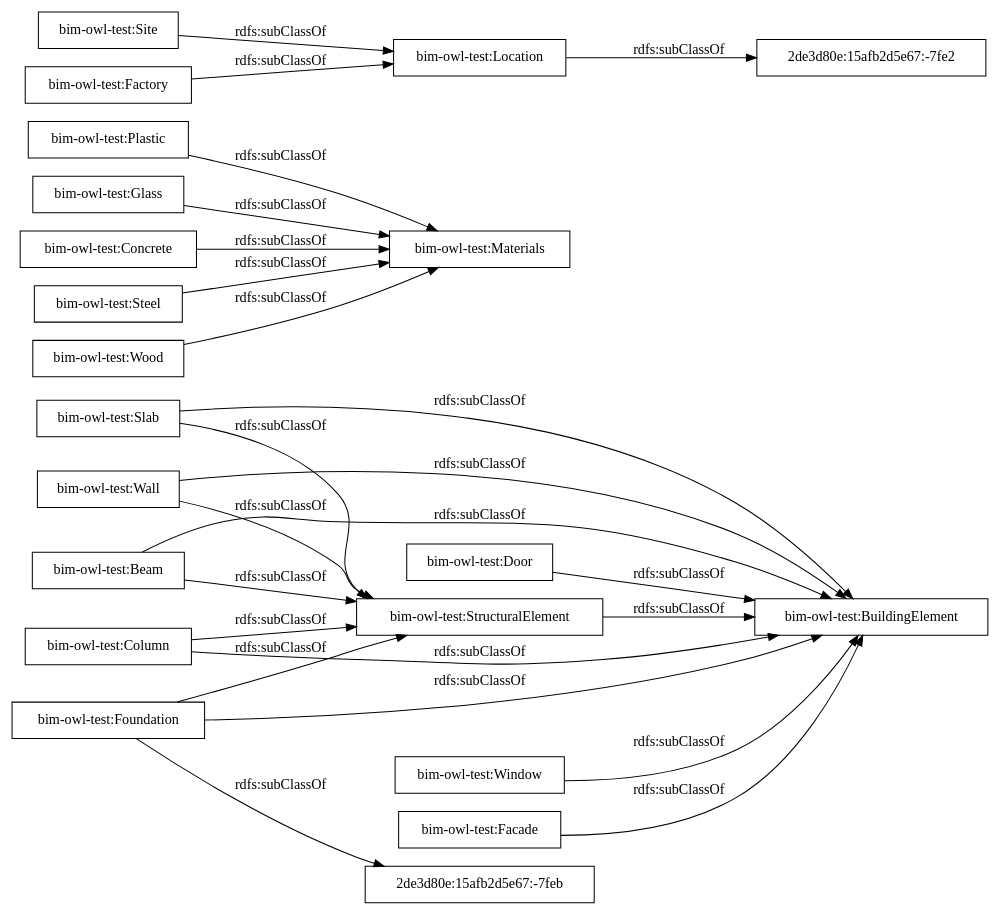
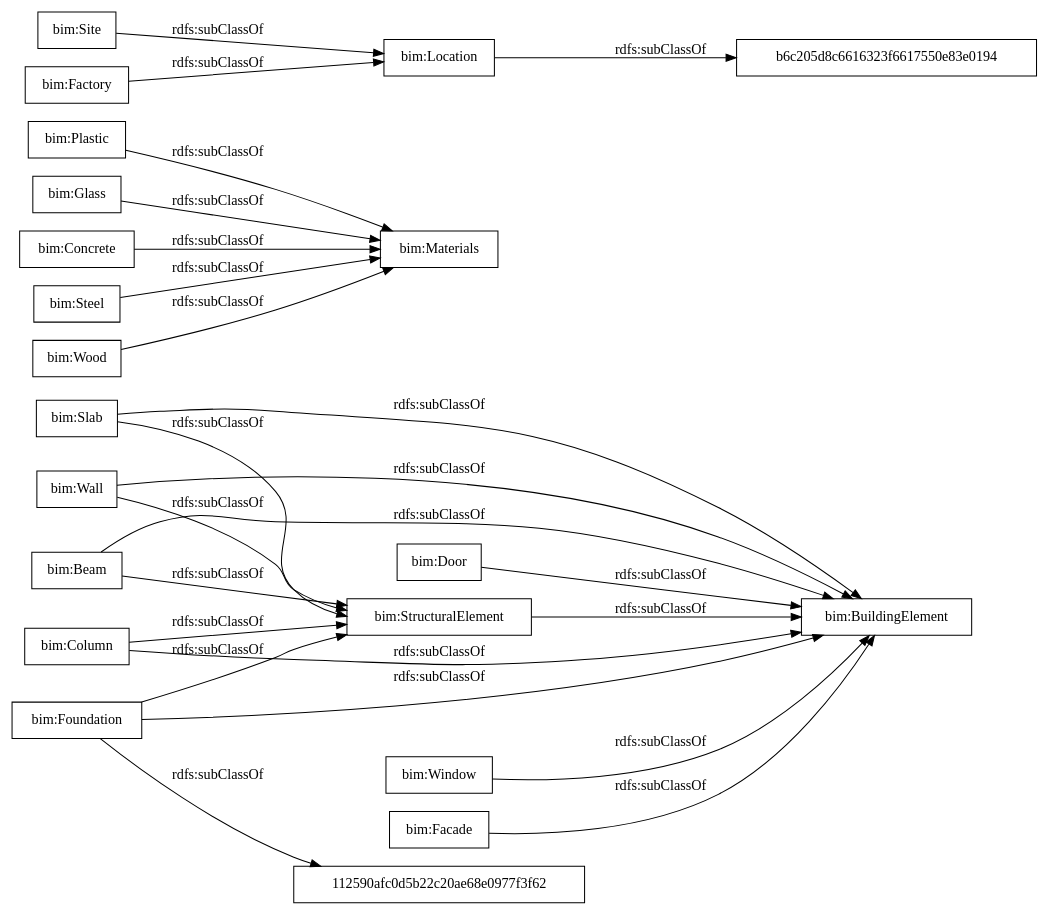
The diagram in OnToology/Building_Ontology_ver2.owl/diagrams/ar2dtool-taxonomy/Building_Ontology_ver2.owl.png.dot (OnToologyUser/owl_test), drawn with Graphviz before and after one commit. The commit also changed 12 other files, not shown here.

```diff
--- a/OnToology/Building_Ontology_ver2.owl/diagrams/ar2dtool-taxonomy/Building_Ontology_ver2.owl.png.dot
+++ b/OnToology/Building_Ontology_ver2.owl/diagrams/ar2dtool-taxonomy/Building_Ontology_ver2.owl.png.dot
@@ -1,29 +1,29 @@
 digraph ar2dtool_diagram { 
 rankdir=LR;
 size="1000"
-node [shape = rectangle, color="black"]; "bim-owl-test:Slab" "bim-owl-test:BuildingElement" "bim-owl-test:Wall" "bim-owl-test:Beam" "bim-owl-test:Plastic" "bim-owl-test:Glass" "bim-owl-test:Concrete" "bim-owl-test:Location" "bim-owl-test:Door" "bim-owl-test:Steel" "bim-owl-test:Materials" "bim-owl-test:Site" "bim-owl-test:StructuralElement" "bim-owl-test:Foundation" "bim-owl-test:Wood" "2de3d80e:15afb2d5e67:-7fe2" "2de3d80e:15afb2d5e67:-7feb" "bim-owl-test:Column" "bim-owl-test:Factory" "bim-owl-test:Window" "bim-owl-test:Facade" ; /*classes style*/
-	"bim-owl-test:Site" -> "bim-owl-test:Location" [ label = "rdfs:subClassOf" ];
-	"bim-owl-test:Wood" -> "bim-owl-test:Materials" [ label = "rdfs:subClassOf" ];
-	"bim-owl-test:Foundation" -> "2de3d80e:15afb2d5e67:-7feb" [ label = "rdfs:subClassOf" ];
-	"bim-owl-test:Foundation" -> "bim-owl-test:StructuralElement" [ label = "rdfs:subClassOf" ];
-	"bim-owl-test:Foundation" -> "bim-owl-test:BuildingElement" [ label = "rdfs:subClassOf" ];
-	"bim-owl-test:Door" -> "bim-owl-test:BuildingElement" [ label = "rdfs:subClassOf" ];
-	"bim-owl-test:Glass" -> "bim-owl-test:Materials" [ label = "rdfs:subClassOf" ];
-	"bim-owl-test:Wall" -> "bim-owl-test:StructuralElement" [ label = "rdfs:subClassOf" ];
-	"bim-owl-test:Wall" -> "bim-owl-test:BuildingElement" [ label = "rdfs:subClassOf" ];
-	"bim-owl-test:Steel" -> "bim-owl-test:Materials" [ label = "rdfs:subClassOf" ];
-	"bim-owl-test:Beam" -> "bim-owl-test:StructuralElement" [ label = "rdfs:subClassOf" ];
-	"bim-owl-test:Beam" -> "bim-owl-test:BuildingElement" [ label = "rdfs:subClassOf" ];
-	"bim-owl-test:Factory" -> "bim-owl-test:Location" [ label = "rdfs:subClassOf" ];
-	"bim-owl-test:Facade" -> "bim-owl-test:BuildingElement" [ label = "rdfs:subClassOf" ];
-	"bim-owl-test:Column" -> "bim-owl-test:StructuralElement" [ label = "rdfs:subClassOf" ];
-	"bim-owl-test:Column" -> "bim-owl-test:BuildingElement" [ label = "rdfs:subClassOf" ];
-	"bim-owl-test:Window" -> "bim-owl-test:BuildingElement" [ label = "rdfs:subClassOf" ];
-	"bim-owl-test:Slab" -> "bim-owl-test:StructuralElement" [ label = "rdfs:subClassOf" ];
-	"bim-owl-test:Slab" -> "bim-owl-test:BuildingElement" [ label = "rdfs:subClassOf" ];
-	"bim-owl-test:StructuralElement" -> "bim-owl-test:BuildingElement" [ label = "rdfs:subClassOf" ];
-	"bim-owl-test:Location" -> "2de3d80e:15afb2d5e67:-7fe2" [ label = "rdfs:subClassOf" ];
-	"bim-owl-test:Plastic" -> "bim-owl-test:Materials" [ label = "rdfs:subClassOf" ];
-	"bim-owl-test:Concrete" -> "bim-owl-test:Materials" [ label = "rdfs:subClassOf" ];
+node [shape = rectangle, color="black"]; "bim:BuildingElement" "bim:Slab" "bim:Wall" "bim:Beam" "bim:Plastic" "bim:Glass" "bim:Concrete" "bim:Location" "bim:Door" "bim:Steel" "bim:Materials" "bim:Site" "bim:StructuralElement" "bim:Foundation" "bim:Wood" "bim:Column" "bim:Factory" "112590afc0d5b22c20ae68e0977f3f62" "b6c205d8c6616323f6617550e83e0194" "bim:Window" "bim:Facade" ; /*classes style*/
+	"bim:Site" -> "bim:Location" [ label = "rdfs:subClassOf" ];
+	"bim:Wood" -> "bim:Materials" [ label = "rdfs:subClassOf" ];
+	"bim:Foundation" -> "112590afc0d5b22c20ae68e0977f3f62" [ label = "rdfs:subClassOf" ];
+	"bim:Foundation" -> "bim:StructuralElement" [ label = "rdfs:subClassOf" ];
+	"bim:Foundation" -> "bim:BuildingElement" [ label = "rdfs:subClassOf" ];
+	"bim:Door" -> "bim:BuildingElement" [ label = "rdfs:subClassOf" ];
+	"bim:Glass" -> "bim:Materials" [ label = "rdfs:subClassOf" ];
+	"bim:Wall" -> "bim:StructuralElement" [ label = "rdfs:subClassOf" ];
+	"bim:Wall" -> "bim:BuildingElement" [ label = "rdfs:subClassOf" ];
+	"bim:Steel" -> "bim:Materials" [ label = "rdfs:subClassOf" ];
+	"bim:Beam" -> "bim:StructuralElement" [ label = "rdfs:subClassOf" ];
+	"bim:Beam" -> "bim:BuildingElement" [ label = "rdfs:subClassOf" ];
+	"bim:Factory" -> "bim:Location" [ label = "rdfs:subClassOf" ];
+	"bim:Facade" -> "bim:BuildingElement" [ label = "rdfs:subClassOf" ];
+	"bim:Column" -> "bim:StructuralElement" [ label = "rdfs:subClassOf" ];
+	"bim:Column" -> "bim:BuildingElement" [ label = "rdfs:subClassOf" ];
+	"bim:Window" -> "bim:BuildingElement" [ label = "rdfs:subClassOf" ];
+	"bim:Slab" -> "bim:StructuralElement" [ label = "rdfs:subClassOf" ];
+	"bim:Slab" -> "bim:BuildingElement" [ label = "rdfs:subClassOf" ];
+	"bim:StructuralElement" -> "bim:BuildingElement" [ label = "rdfs:subClassOf" ];
+	"bim:Location" -> "b6c205d8c6616323f6617550e83e0194" [ label = "rdfs:subClassOf" ];
+	"bim:Plastic" -> "bim:Materials" [ label = "rdfs:subClassOf" ];
+	"bim:Concrete" -> "bim:Materials" [ label = "rdfs:subClassOf" ];
 
 }
```
